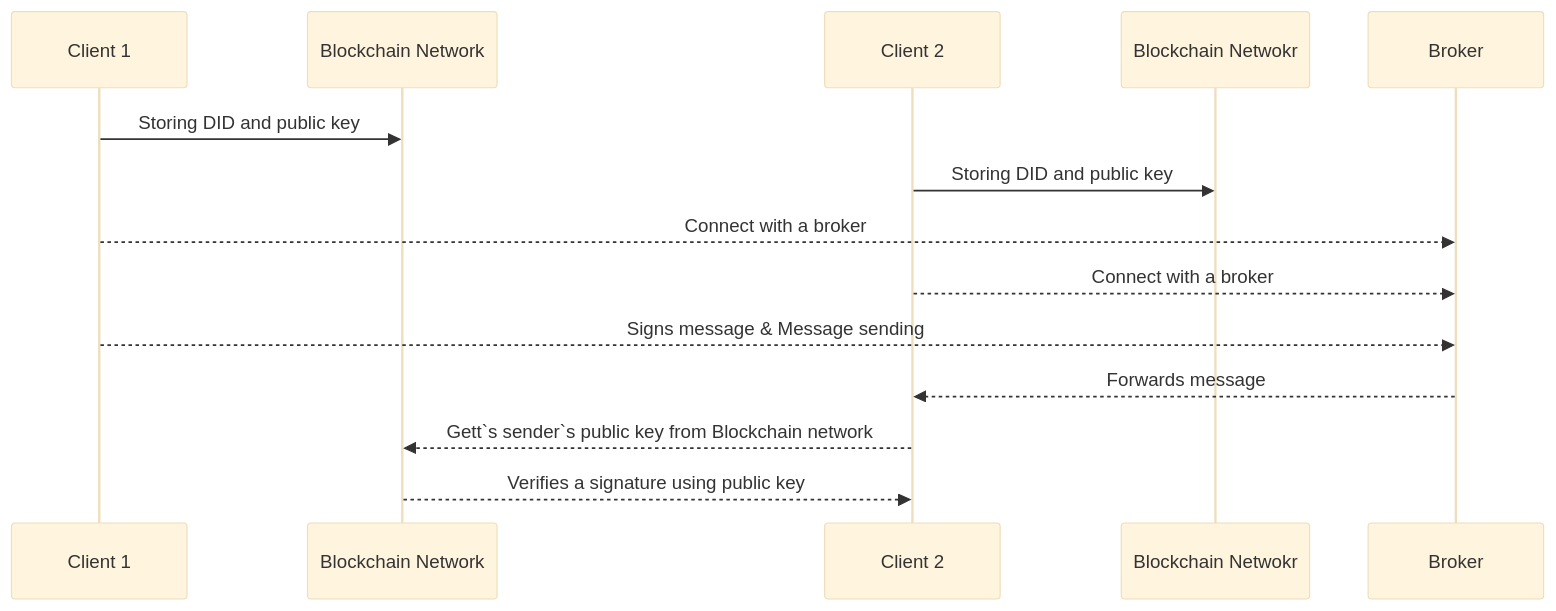
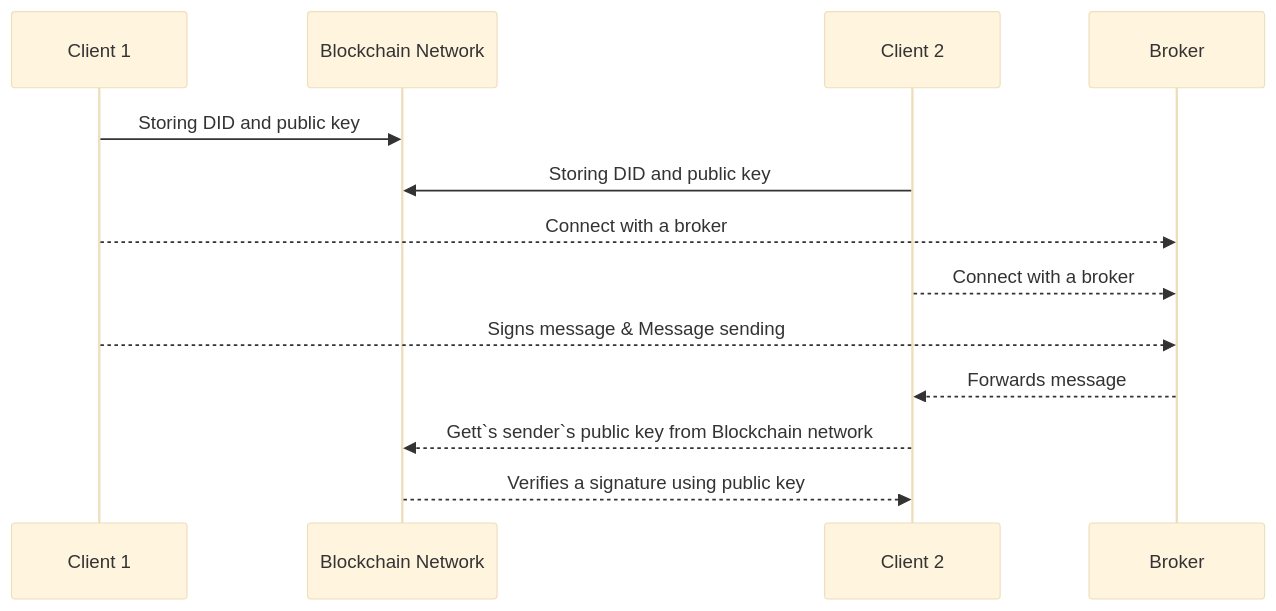
Before and after one commit to shuby-te/Metaverse_for_IoT: the diagram in Decentralized_MQTT/README.md, drawn with Mermaid (base theme).

````diff
--- a/Decentralized_MQTT/README.md
+++ b/Decentralized_MQTT/README.md
@@ -10,11 +10,11 @@
 ```mermaid
 sequenceDiagram
 Client 1 ->>Blockchain Network: Storing DID and public key
-Client 2 ->>Blockchain Netwokr: Storing DID and public key
+Client 2 ->>Blockchain Network: Storing DID and public key
 Client 1-->>Broker: Connect with a broker
 Client 2-->>Broker: Connect with a broker
 Client 1-->>Broker: Signs message & Message sending
 Broker-->>Client 2: Forwards message
 Client 2-->>Blockchain Network: Gett`s sender`s public key from Blockchain network
 Blockchain Network-->>Client 2: Verifies a signature using public key
 ```
````
